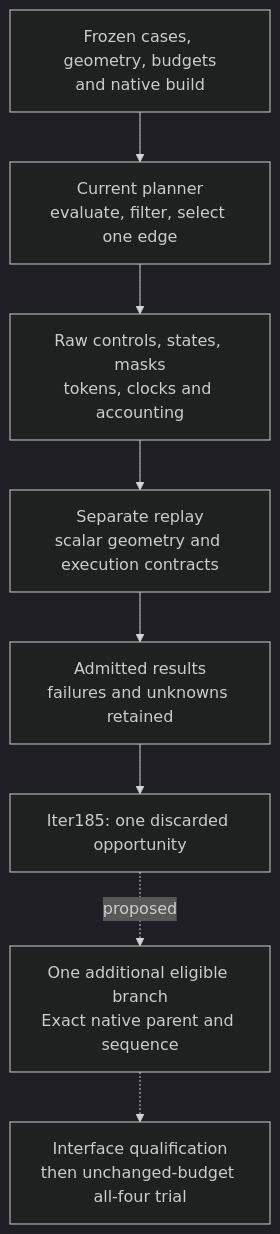
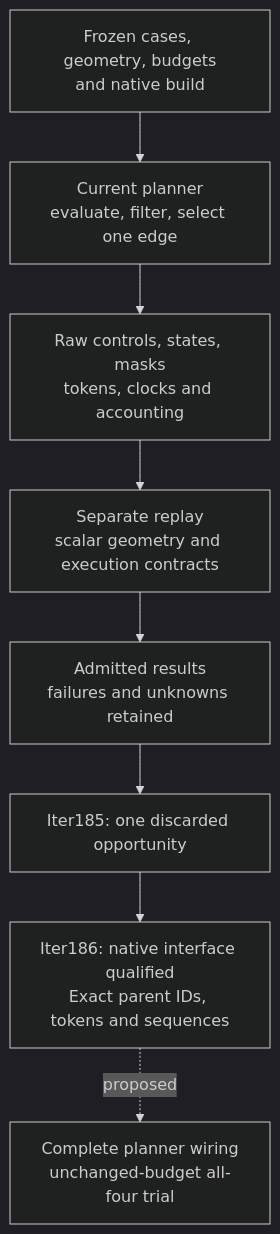
The first of 10 diagrams in docs/ARCHITECTURE.md (manfromnowhere143/sentinel), drawn with Mermaid (dark theme) before and after one commit. The commit also changed other lines of this file and 8 other files, not shown here.

Commit message:
Close native branch qualification and synchronize the research record

````diff
--- a/docs/ARCHITECTURE.md
+++ b/docs/ARCHITECTURE.md
@@ -17,12 +17,12 @@
 ```mermaid
 flowchart TB
-  accTitle: Current search evidence and proposed branch retention
-  accDescr: Frozen source produces raw records before separate replay. A proposed branch extension returns to qualification, not directly to driving.
+  accTitle: Current search evidence and native branch qualification
+  accDescr: Frozen source produces raw records before separate replay. Iter186 qualifies explicit native branch identities; the integrated trial remains proposed.
   S["Frozen cases, geometry, budgets<br/>and native build"] --> P["Current planner<br/>evaluate, filter, select one edge"]
   P --> R["Raw controls, states, masks<br/>tokens, clocks and accounting"]
   R --> V["Separate replay<br/>scalar geometry and execution contracts"]
   V --> A["Admitted results<br/>failures and unknowns retained"]
   A --> D["Iter185: one discarded opportunity"]
-  D -. "proposed" .-> B["One additional eligible branch<br/>Exact native parent and sequence"]
-  B -.-> Q["Interface qualification<br/>then unchanged-budget all-four trial"]
+  D --> B["Iter186: native interface qualified<br/>Exact parent IDs, tokens and sequences"]
+  B -. "proposed" .-> Q["Complete planner wiring<br/>unchanged-budget all-four trial"]
 ```
````
